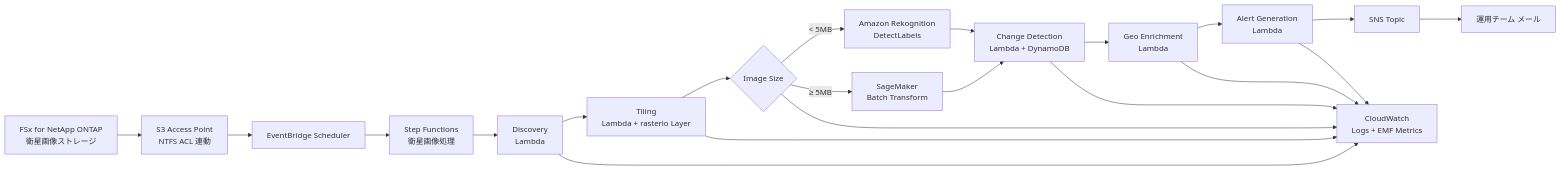
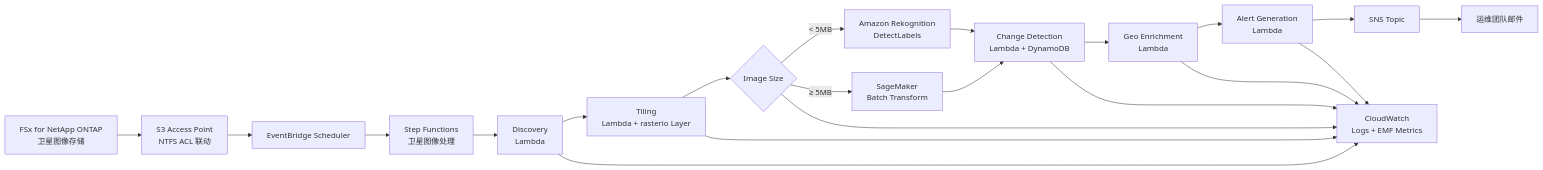
The diagram in defense-satellite/docs/architecture.zh-CN.md (Yoshiki0705/FSx-for-ONTAP-S3AccessPoints-Serverless-Patterns), drawn with Mermaid before and after one commit. The commit also changed other lines of this file and 13 other files, not shown here.

````diff
--- a/defense-satellite/docs/architecture.zh-CN.md
+++ b/defense-satellite/docs/architecture.zh-CN.md
@@ -15,18 +15,18 @@
 ```mermaid
 graph LR
-    FSx[FSx for NetApp ONTAP<br/>衛星画像ストレージ] --> S3AP[S3 Access Point<br/>NTFS ACL 連動]
+    FSx[FSx for NetApp ONTAP<br/>卫星图像存储] --> S3AP[S3 Access Point<br/>NTFS ACL 联动]
     S3AP --> EB[EventBridge Scheduler]
-    EB --> SFN[Step Functions<br/>衛星画像処理]
+    EB --> SFN[Step Functions<br/>卫星图像处理]
     SFN --> L1[Discovery<br/>Lambda]
     L1 --> L2[Tiling<br/>Lambda + rasterio Layer]
     L2 --> L3{Image Size}
     L3 -->|< 5MB| Rek[Amazon Rekognition<br/>DetectLabels]
     L3 -->|≥ 5MB| SM[SageMaker<br/>Batch Transform]
     Rek --> L4[Change Detection<br/>Lambda + DynamoDB]
     SM --> L4
     L4 --> L5[Geo Enrichment<br/>Lambda]
     L5 --> L6[Alert Generation<br/>Lambda]
     L6 --> SNS[SNS Topic]
-    SNS --> Mail[運用チーム メール]
+    SNS --> Mail[运维团队邮件]
     L1 & L2 & L3 & L4 & L5 & L6 --> CW[CloudWatch<br/>Logs + EMF Metrics]
 ```
````
